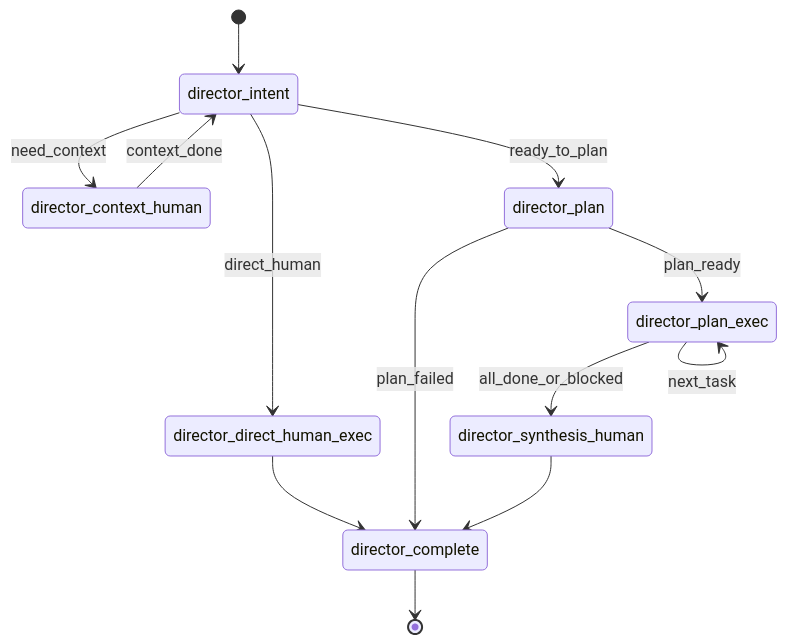
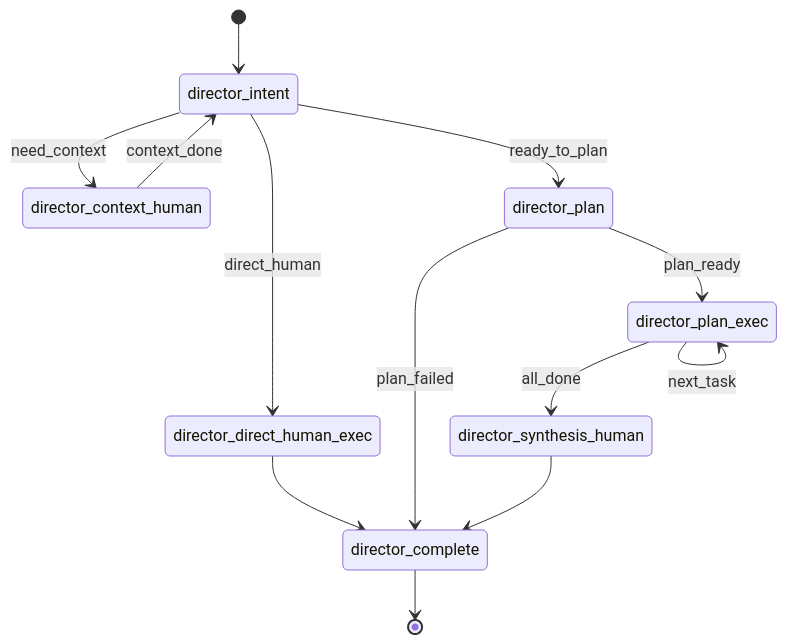
One commit to Yoan98/Ncurator changed the first of 2 diagrams in doc/ai-design/implementation-spec.md. Above: the diagram before and after it, drawn with Mermaid. The commit also changed other lines of this file and 29 other files, not shown here.

Commit message:
Refine human handoff delivery and context evidence flow

````diff
--- a/doc/ai-design/implementation-spec.md
+++ b/doc/ai-design/implementation-spec.md
@@ -27,21 +27,21 @@
 ```mermaid
 stateDiagram-v2
     [*] --> director_intent
 
     director_intent --> director_direct_human_exec: direct_human
     director_intent --> director_context_human: need_context
     director_intent --> director_plan: ready_to_plan
 
     director_context_human --> director_intent: context_done
 
     director_direct_human_exec --> director_complete
 
     director_plan --> director_plan_exec: plan_ready
     director_plan --> director_complete: plan_failed
 
     director_plan_exec --> director_plan_exec: next_task
-    director_plan_exec --> director_synthesis_human: all_done_or_blocked
+    director_plan_exec --> director_synthesis_human: all_done
 
     director_synthesis_human --> director_complete
     director_complete --> [*]
 ```
````
